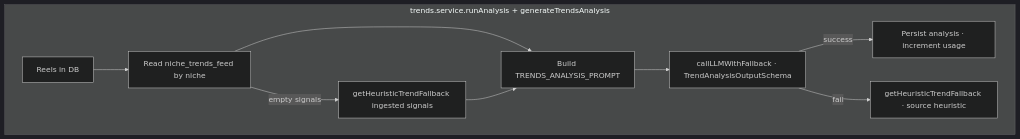
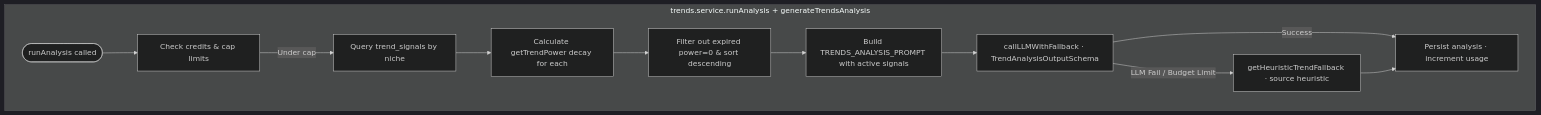
One commit to Jainam2848/ReelMetrics changed the second of 2 diagrams in docs/ai-trends-strategy.md. Above: the diagram before and after it, drawn with Mermaid (dark theme). The commit also changed other lines of this file and 3 other files, not shown here.

Commit message:
docs(trends): update playbooks, specs, PRDs, and strategies with structured trend engine details

````diff
--- a/docs/ai-trends-strategy.md
+++ b/docs/ai-trends-strategy.md
@@ -29,12 +34,15 @@
 ```mermaid
 flowchart TB
     subgraph UserRun["trends.service.runAnalysis + generateTrendsAnalysis"]
-        SYNC[Reels in DB] --> CACHE[Read niche_trends_feed by niche]
-        CACHE -->|empty signals| HF2[getHeuristicTrendFallback ingested signals]
-        CACHE --> BUILD[Build TRENDS_ANALYSIS_PROMPT]
-        HF2 --> BUILD
-        BUILD --> FB[callLLMWithFallback · TrendAnalysisOutputSchema]
-        FB -->|success| SAVE[Persist analysis · increment usage]
-        FB -->|fail| HF3[getHeuristicTrendFallback · source heuristic]
+        START([runAnalysis called]) --> CHK[Check credits & cap limits]
+        CHK -->|Under cap| GET[Query trend_signals by niche]
+        GET --> DECAY[Calculate getTrendPower decay for each]
+        DECAY --> FILT[Filter out expired power=0 & sort descending]
+        FILT --> BUILD[Build TRENDS_ANALYSIS_PROMPT with active signals]
+        
+        BUILD --> LLM2[callLLMWithFallback · TrendAnalysisOutputSchema]
+        LLM2 -->|Success| SAVE[Persist analysis · increment usage]
+        LLM2 -->|LLM Fail / Budget Limit| HEUR[getHeuristicTrendFallback · source heuristic]
+        HEUR --> SAVE
     end
 ```
````
